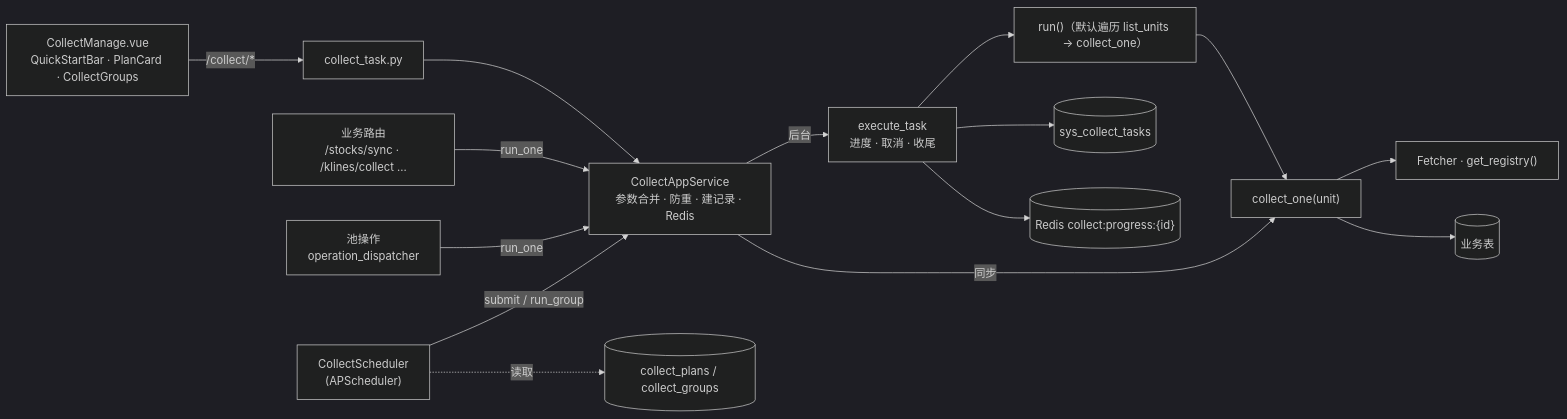
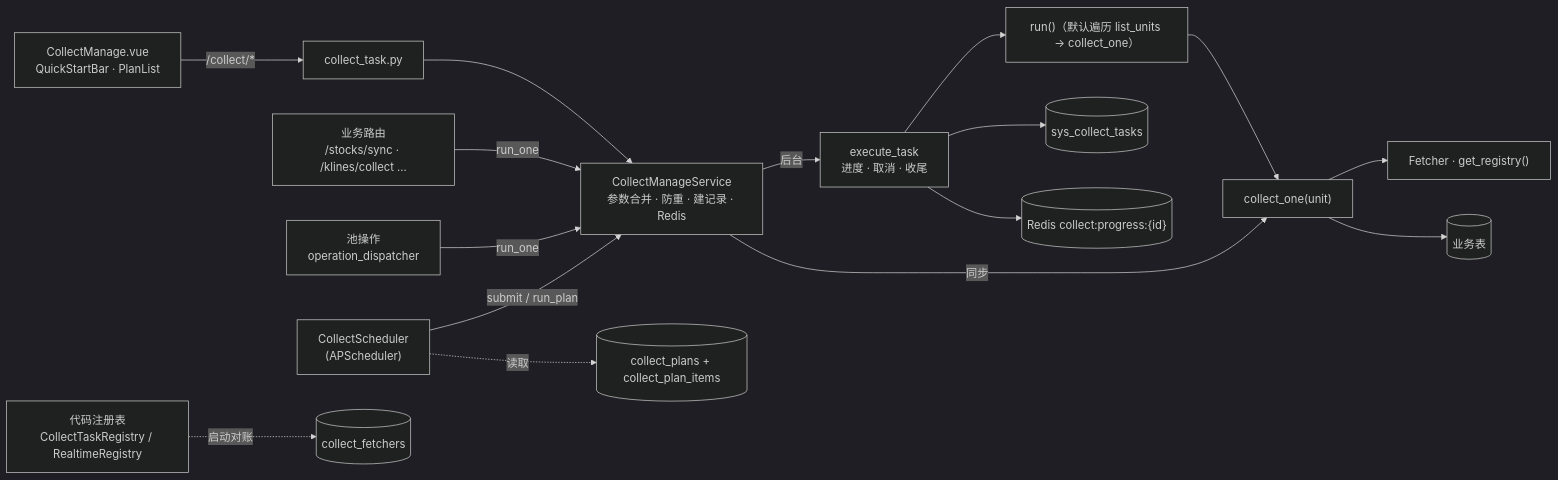
Before and after one commit to 1294117457/Attribution_Analysis: the first of 2 diagrams in backend/docs/overview/collectmanage摘要.md, drawn with Mermaid (dark theme). The commit also changed other lines of this file and 126 other files, not shown here.

````diff
--- a/backend/docs/overview/collectmanage摘要.md
+++ b/backend/docs/overview/collectmanage摘要.md
@@ -31,17 +34,18 @@
 ```mermaid
 flowchart LR
-    UI["CollectManage.vue<br/>QuickStartBar · PlanCard · CollectGroups"] -->|"/collect/*"| R["collect_task.py"]
+    UI["CollectManage.vue<br/>QuickStartBar · PlanList"] -->|"/collect/*"| R["collect_task.py"]
     BIZ["业务路由<br/>/stocks/sync · /klines/collect ..."] -->|run_one| SVC
     POOL["池操作<br/>operation_dispatcher"] -->|run_one| SVC
-    SCH["CollectScheduler<br/>(APScheduler)"] -->|"submit / run_group"| SVC
-    R --> SVC["CollectAppService<br/>参数合并 · 防重 · 建记录 · Redis"]
+    SCH["CollectScheduler<br/>(APScheduler)"] -->|"submit / run_plan"| SVC
+    R --> SVC["CollectManageService<br/>参数合并 · 防重 · 建记录 · Redis"]
     SVC -->|后台| E["execute_task<br/>进度 · 取消 · 收尾"]
     SVC -->|同步| ONE["collect_one(unit)"]
     E --> RUN["run()（默认遍历 list_units → collect_one）"]
     RUN --> ONE
     ONE --> F["Fetcher · get_registry()"]
     ONE --> DB[("业务表")]
     E --> SYS[("sys_collect_tasks")]
     E --> RD[("Redis collect:progress:{id}")]
-    SCH -. 读取 .-> PL[("collect_plans / collect_groups")]
+    SCH -. 读取 .-> PL[("collect_plans + collect_plan_items")]
+    REG["代码注册表<br/>CollectTaskRegistry / RealtimeRegistry"] -. 启动对账 .-> FT[("collect_fetchers")]
 ```
````
